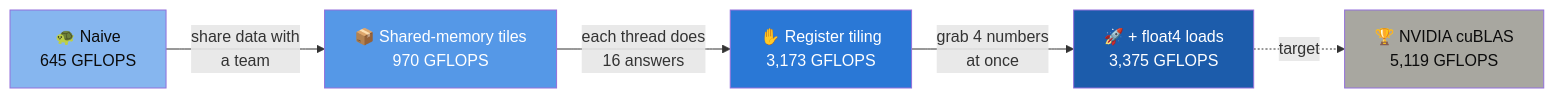
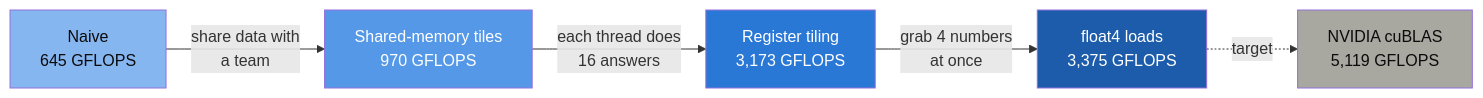
The first of 2 diagrams in README.md (samruddhichitnis02/cuda-gemm-optimization-lab), drawn with Mermaid before and after one commit. The commit also changed other lines of this file, not shown here.

````diff
--- a/README.md
+++ b/README.md
@@ -78,12 +78,12 @@
 ```mermaid
 flowchart LR
-    A["🐢 Naive<br/>645 GFLOPS"] -->|"share data with<br/>a team"| B["📦 Shared-memory tiles<br/>970 GFLOPS"]
-    B -->|"each thread does<br/>16 answers"| C["✋ Register tiling<br/>3,173 GFLOPS"]
-    C -->|"grab 4 numbers<br/>at once"| D["🚀 + float4 loads<br/>3,375 GFLOPS"]
-    D -.->|"target"| E["🏆 NVIDIA cuBLAS<br/>5,119 GFLOPS"]
+    A["Naive<br/>645 GFLOPS"] -->|"share data with<br/>a team"| B["Shared-memory tiles<br/>970 GFLOPS"]
+    B -->|"each thread does<br/>16 answers"| C["Register tiling<br/>3,173 GFLOPS"]
+    C -->|"grab 4 numbers<br/>at once"| D["float4 loads<br/>3,375 GFLOPS"]
+    D -.->|"target"| E["NVIDIA cuBLAS<br/>5,119 GFLOPS"]
     style A fill:#86b6ef,color:#0b0b0b
     style B fill:#5598e7,color:#fff
     style C fill:#2a78d6,color:#fff
     style D fill:#1c5cab,color:#fff
     style E fill:#a8a7a0,color:#0b0b0b
 ```
````
